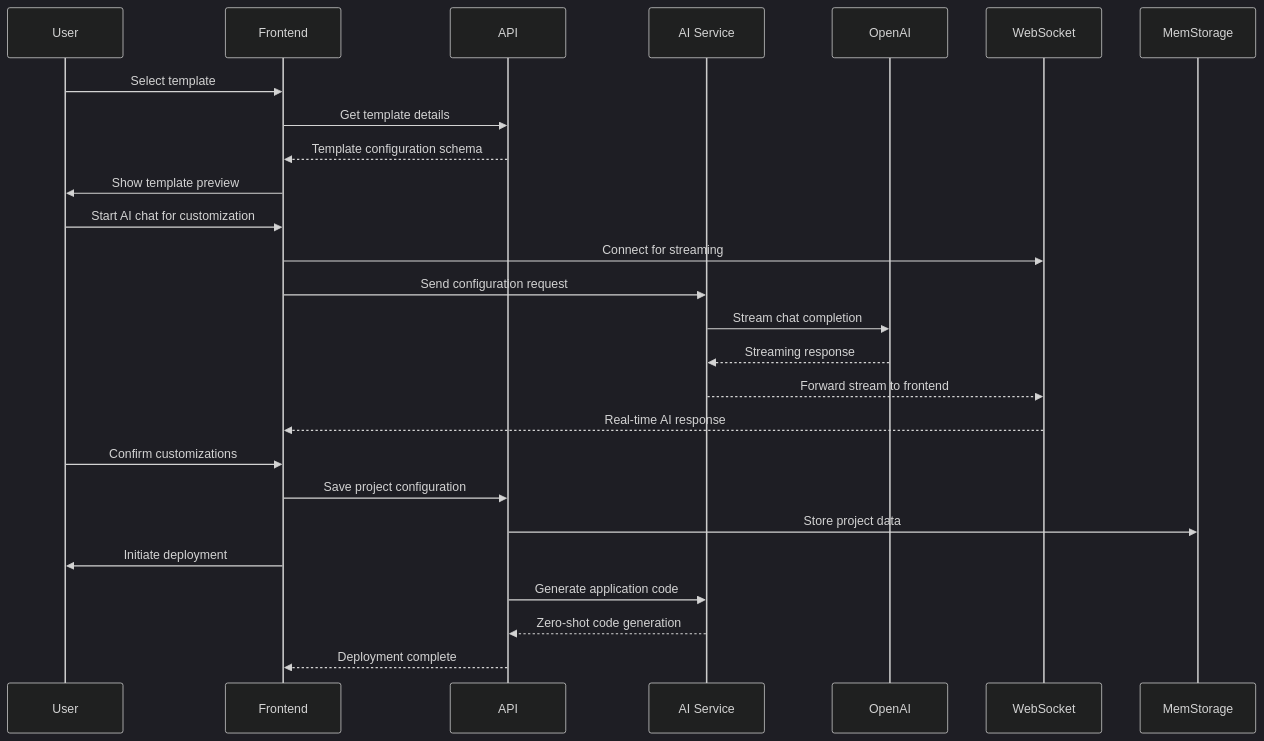
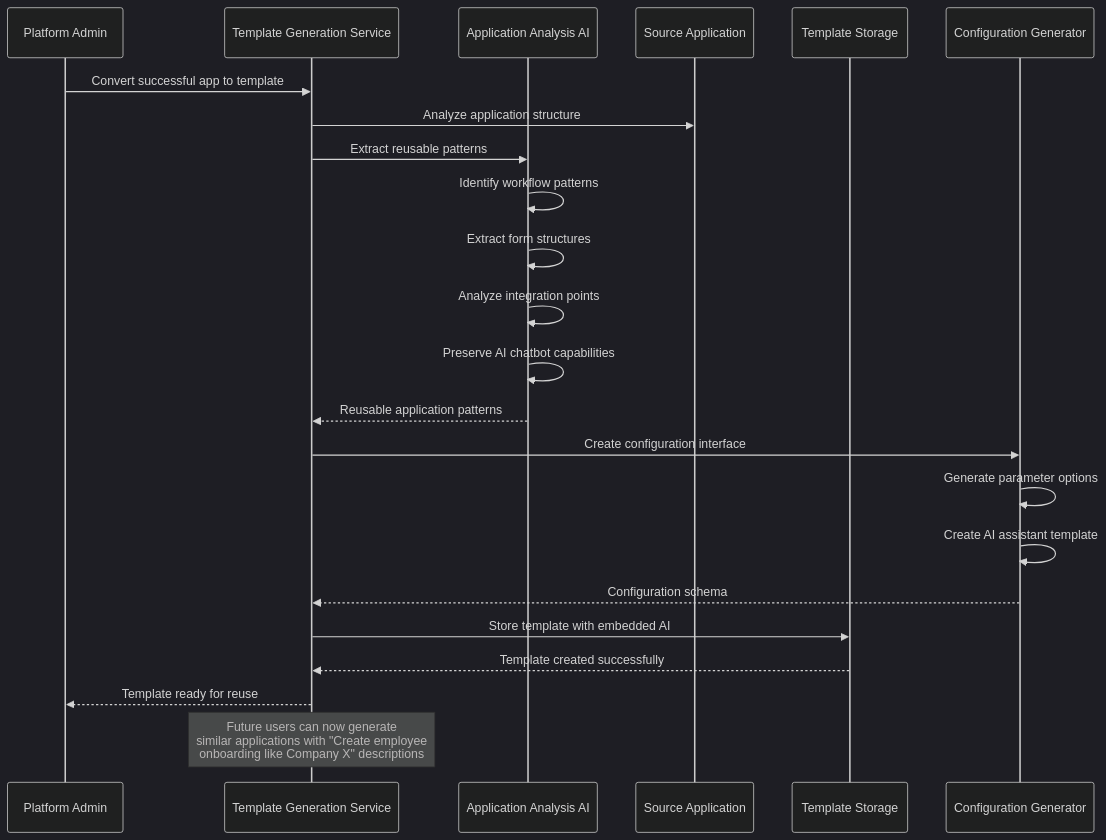
Before and after one commit to BradleyFestraets/Natural-Language-Business-Application-Generator: the sixth of 6 diagrams in docs/architecture.md, drawn with Mermaid (dark theme). The commit also changed other lines of this file and 2 other files, not shown here.

First line of the commit message:
Update platform to generate business applications from natural language

````diff
--- a/docs/architecture.md
+++ b/docs/architecture.md
@@ -408,32 +940,31 @@
 ```mermaid
 sequenceDiagram
-    participant User
-    participant Frontend
-    participant API
-    participant AI as AI Service
-    participant OpenAI
-    participant WebSocket
+    participant Admin as Platform Admin
+    participant TemplateGen as Template Generation Service
+    participant AppAnalysis as Application Analysis AI
+    participant GeneratedApp as Source Application
+    participant TemplateStore as Template Storage
+    participant ConfigGen as Configuration Generator
 
-    User->>Frontend: Select template
-    Frontend->>API: Get template details
-    API-->>Frontend: Template configuration schema
+    Admin->>TemplateGen: Convert successful app to template
+    TemplateGen->>GeneratedApp: Analyze application structure
     
-    Frontend->>User: Show template preview
-    User->>Frontend: Start AI chat for customization
+    TemplateGen->>AppAnalysis: Extract reusable patterns
+    AppAnalysis->>AppAnalysis: Identify workflow patterns
+    AppAnalysis->>AppAnalysis: Extract form structures
+    AppAnalysis->>AppAnalysis: Analyze integration points
+    AppAnalysis->>AppAnalysis: Preserve AI chatbot capabilities
+    AppAnalysis-->>TemplateGen: Reusable application patterns
     
-    Frontend->>WebSocket: Connect for streaming
-    Frontend->>AI: Send configuration request
-    AI->>OpenAI: Stream chat completion
-    OpenAI-->>AI: Streaming response
-    AI-->>WebSocket: Forward stream to frontend
-    WebSocket-->>Frontend: Real-time AI response
+    TemplateGen->>ConfigGen: Create configuration interface
+    ConfigGen->>ConfigGen: Generate parameter options
+    ConfigGen->>ConfigGen: Create AI assistant template
+    ConfigGen-->>TemplateGen: Configuration schema
     
-    User->>Frontend: Confirm customizations
-    Frontend->>API: Save project configuration
-    API->>MemStorage: Store project data
+    TemplateGen->>TemplateStore: Store template with embedded AI
+    TemplateStore-->>TemplateGen: Template created successfully
     
-    Frontend->>User: Initiate deployment
-    API->>AI: Generate application code
-    AI-->>API: Zero-shot code generation
-    API-->>Frontend: Deployment complete
+    TemplateGen-->>Admin: Template ready for reuse
+    
+    Note over TemplateGen: Future users can now generate<br/>similar applications with "Create employee<br/>onboarding like Company X" descriptions
 ```
````
